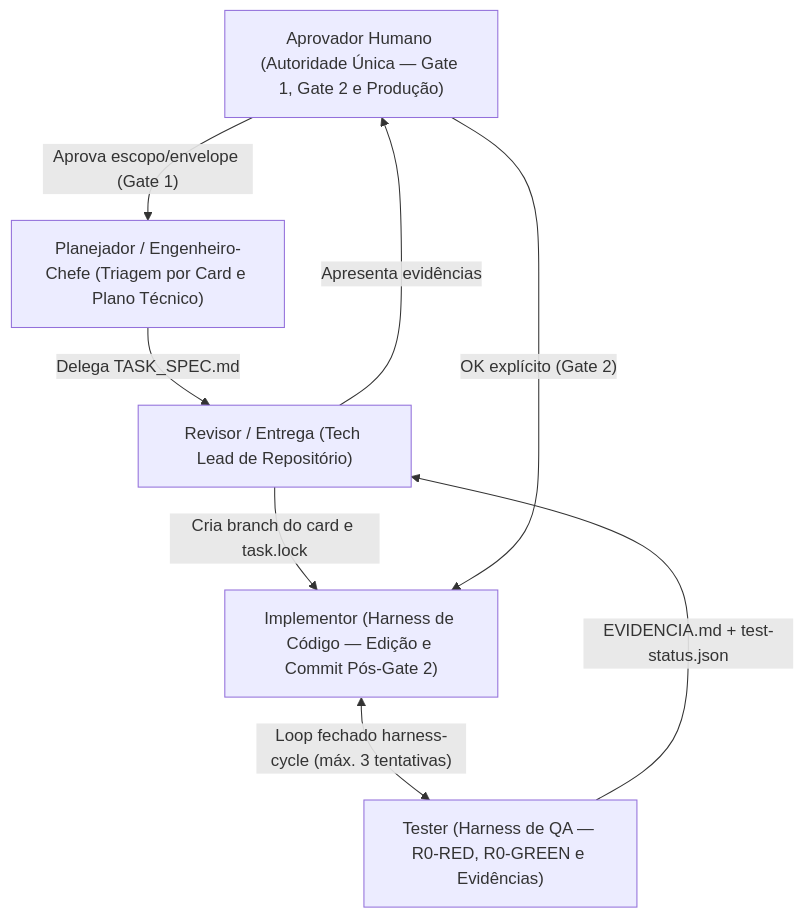
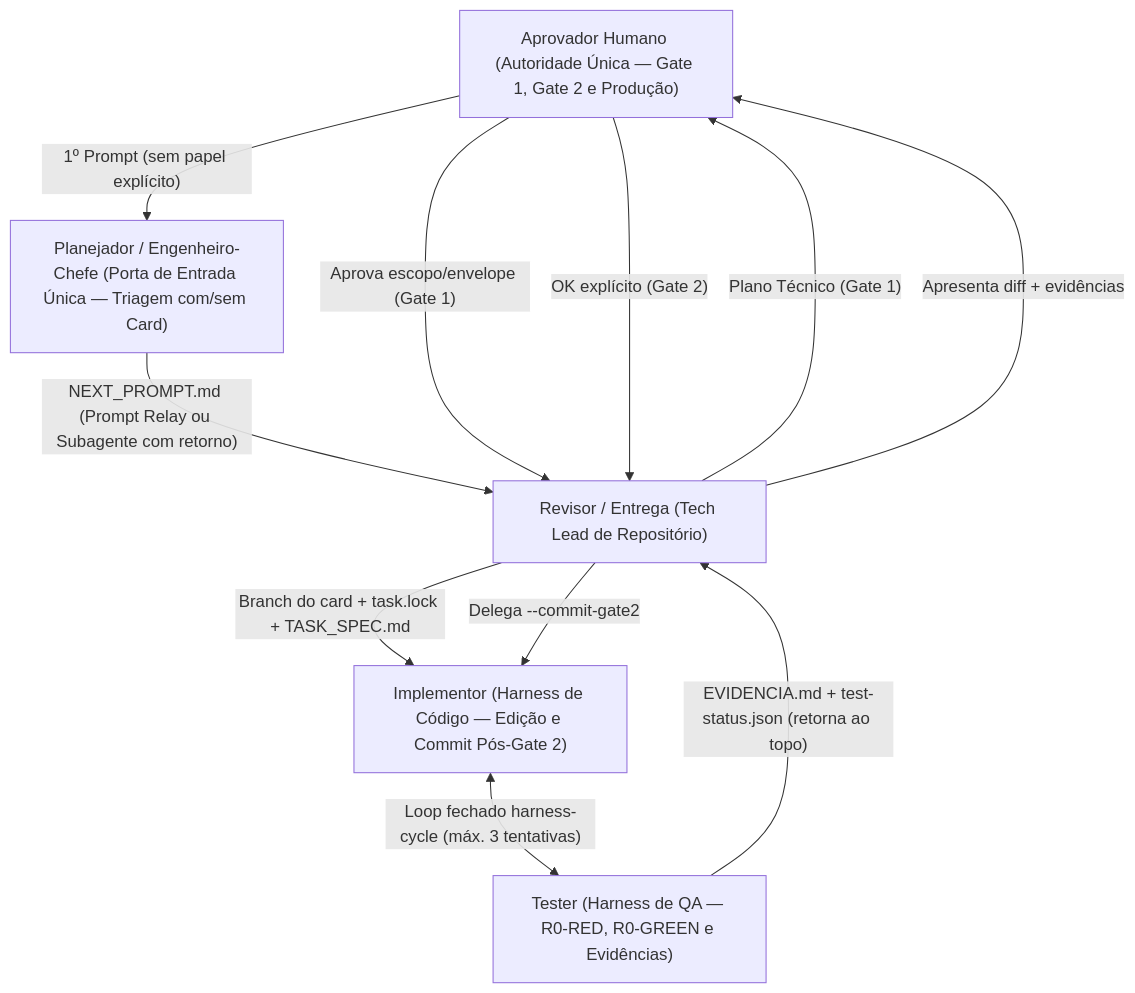
The diagram in README.md (OliveiraDotnet/engineering-flow), drawn with Mermaid before and after one commit. The commit also changed other lines of this file and 3 other files, not shown here.

Commit message:
feat(ef-5.1): define Porta de Entrada Unica e Delegacao Hibrida

````diff
--- a/README.md
+++ b/README.md
@@ -27,16 +29,19 @@
 ```mermaid
 flowchart TD
     H["Aprovador Humano (Autoridade Única — Gate 1, Gate 2 e Produção)"]
-    P["Planejador / Engenheiro-Chefe (Triagem por Card e Plano Técnico)"]
+    P["Planejador / Engenheiro-Chefe (Porta de Entrada Única — Triagem com/sem Card)"]
     R["Revisor / Entrega (Tech Lead de Repositório)"]
     I["Implementor (Harness de Código — Edição e Commit Pós-Gate 2)"]
     T["Tester (Harness de QA — R0-RED, R0-GREEN e Evidências)"]
 
-    H -->|"Aprova escopo/envelope (Gate 1)"| P
-    P -->|"Delega TASK_SPEC.md"| R
-    R -->|"Cria branch do card e task.lock"| I
+    H -->|"1º Prompt (sem papel explícito)"| P
+    P -->|"NEXT_PROMPT.md (Prompt Relay ou Subagente com retorno)"| R
+    R -->|"Plano Técnico (Gate 1)"| H
+    H -->|"Aprova escopo/envelope (Gate 1)"| R
+    R -->|"Branch do card + task.lock + TASK_SPEC.md"| I
     I <-->|"Loop fechado harness-cycle (máx. 3 tentativas)"| T
-    T -->|"EVIDENCIA.md + test-status.json"| R
-    R -->|"Apresenta evidências"| H
-    H -->|"OK explícito (Gate 2)"| I
+    T -->|"EVIDENCIA.md + test-status.json (retorna ao topo)"| R
+    R -->|"Apresenta diff + evidências"| H
+    H -->|"OK explícito (Gate 2)"| R
+    R -->|"Delega --commit-gate2"| I
 ```
````
